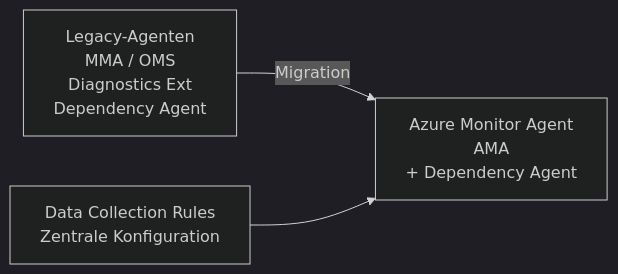
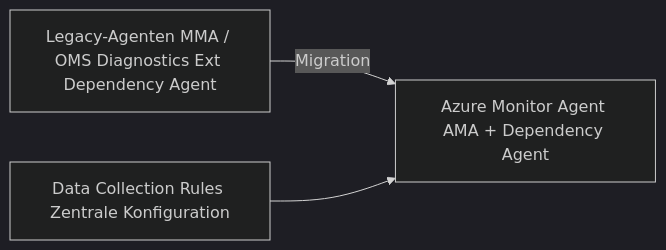
Before and after one commit to SoniiiT/notes-n-docs: the second of 6 diagrams in Microsoft 365/Azure/Monitor und Management/Azure Monitor Agent.md, drawn with Mermaid (dark theme). The commit also changed other lines of this file and 124 other files, not shown here.

First line of the commit message:
fix: Entferne \n aus allen Mermaid-Diagrammen (125 Dateien)

````diff
--- a/Microsoft 365/Azure/Monitor und Management/Azure Monitor Agent.md
+++ b/Microsoft 365/Azure/Monitor und Management/Azure Monitor Agent.md
@@ -59,9 +59,9 @@
 ```mermaid
 graph LR
-    Old["Legacy-Agenten\nMMA / OMS\nDiagnostics Ext\nDependency Agent"]
-    New["Azure Monitor Agent\nAMA\n+ Dependency Agent"]
-    DCR["Data Collection Rules\nZentrale Konfiguration"]
+    Old["Legacy-Agenten MMA / OMS Diagnostics Ext Dependency Agent"]
+    New["Azure Monitor Agent AMA + Dependency Agent"]
+    DCR["Data Collection Rules Zentrale Konfiguration"]
 
     Old -- "Migration" --> New
     DCR --> New
 ```
````
